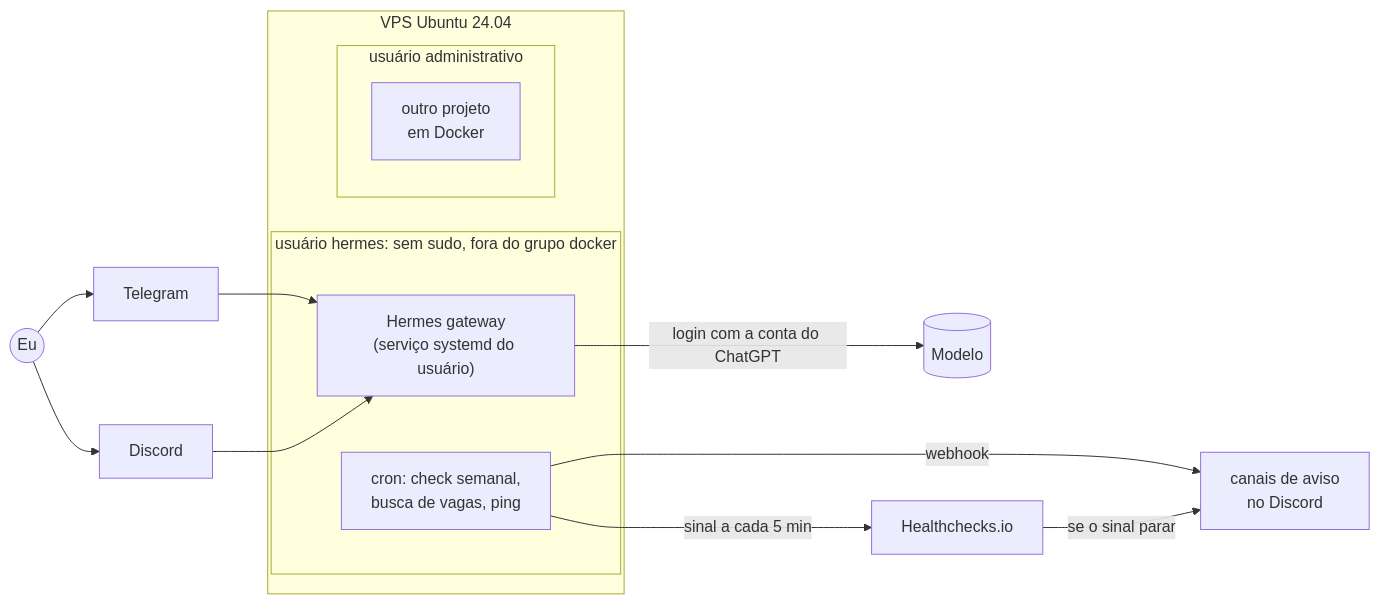
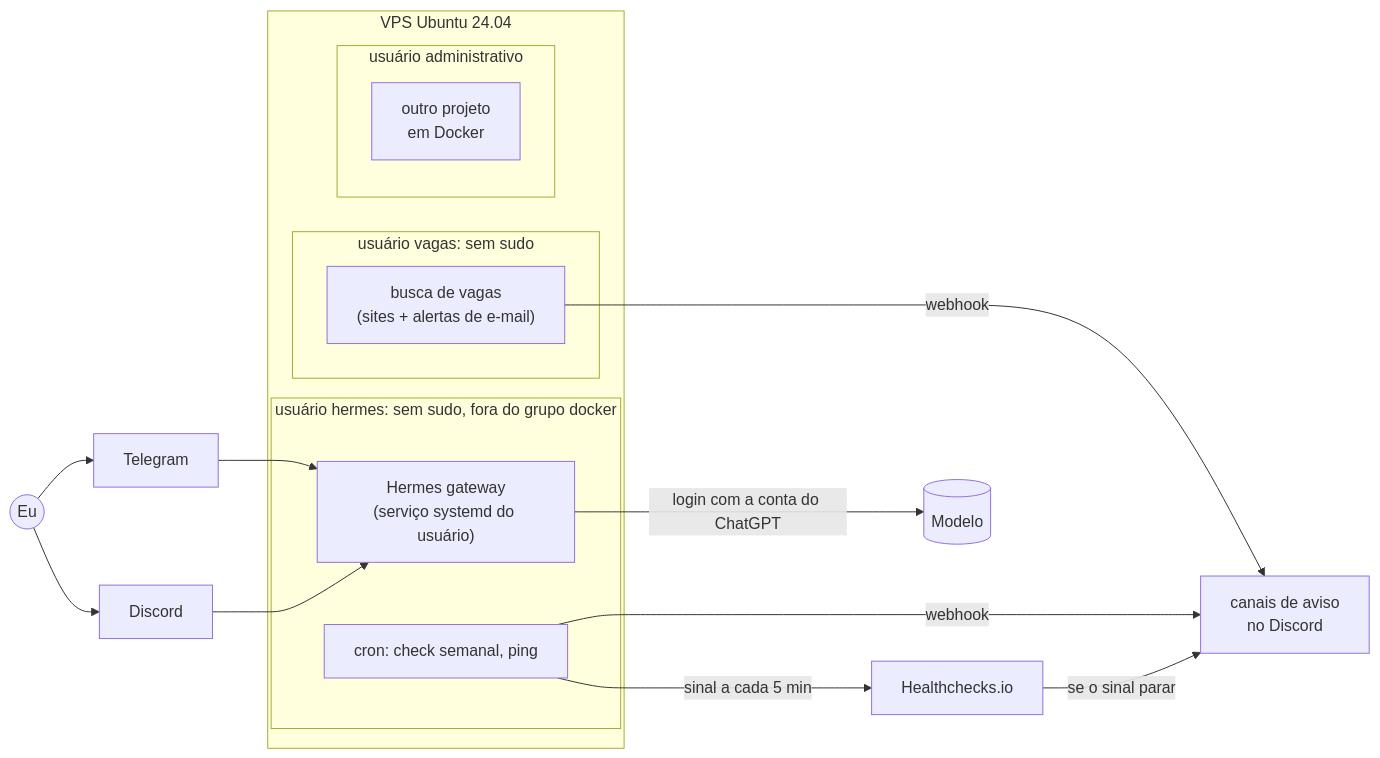
The diagram in README.md (Joaoxzx/hermes-vps), drawn with Mermaid before and after one commit. The commit also changed other lines of this file and 1 other file, not shown here.

Commit message:
Busca de vagas num usuário separado do agente

````diff
--- a/README.md
+++ b/README.md
@@ -9,20 +9,24 @@
 ```mermaid
 flowchart LR
     Eu((Eu)) --> TG[Telegram]
     Eu --> DC[Discord]
     subgraph VPS["VPS Ubuntu 24.04"]
         subgraph H["usuário hermes: sem sudo, fora do grupo docker"]
             GW["Hermes gateway<br/>(serviço systemd do usuário)"]
-            CR["cron: check semanal,<br/>busca de vagas, ping"]
+            CR["cron: check semanal, ping"]
+        end
+        subgraph V["usuário vagas: sem sudo"]
+            BV["busca de vagas<br/>(sites + alertas de e-mail)"]
         end
         subgraph A["usuário administrativo"]
             BB["outro projeto<br/>em Docker"]
         end
     end
     TG --> GW
     DC --> GW
     GW -->|login com a conta do ChatGPT| OAI[(Modelo)]
     CR -->|webhook| AV["canais de aviso<br/>no Discord"]
+    BV -->|webhook| AV
     CR -->|sinal a cada 5 min| HC[Healthchecks.io]
     HC -->|se o sinal parar| AV
 ```
````
